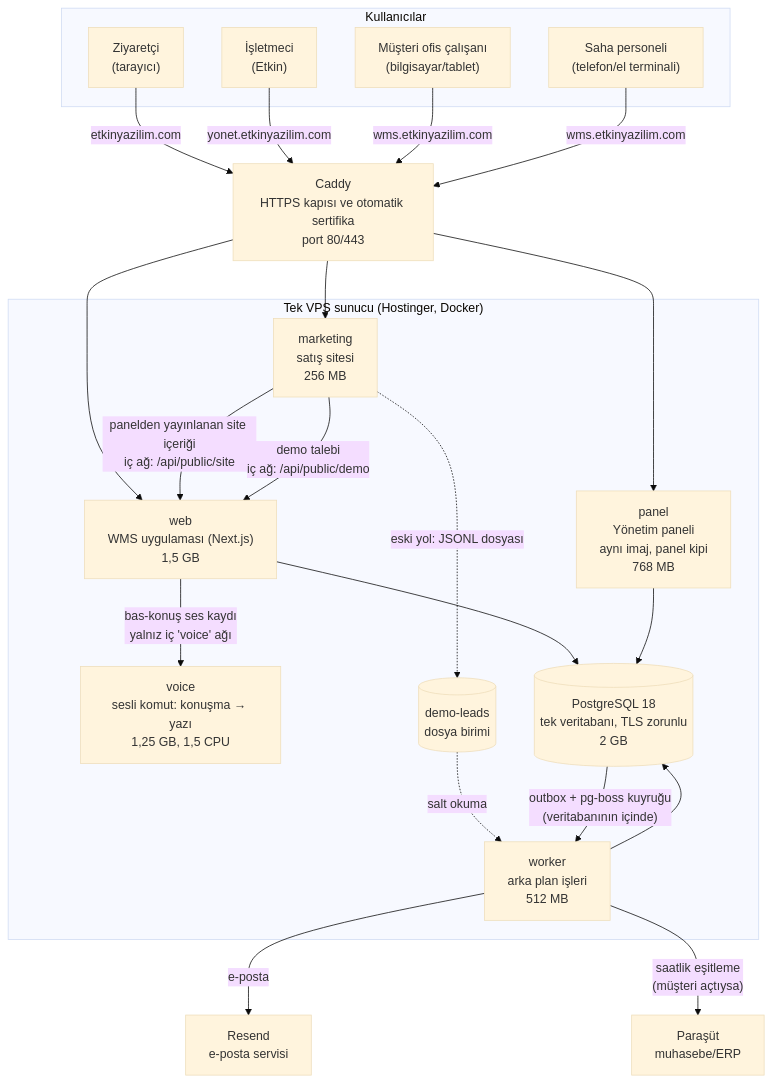
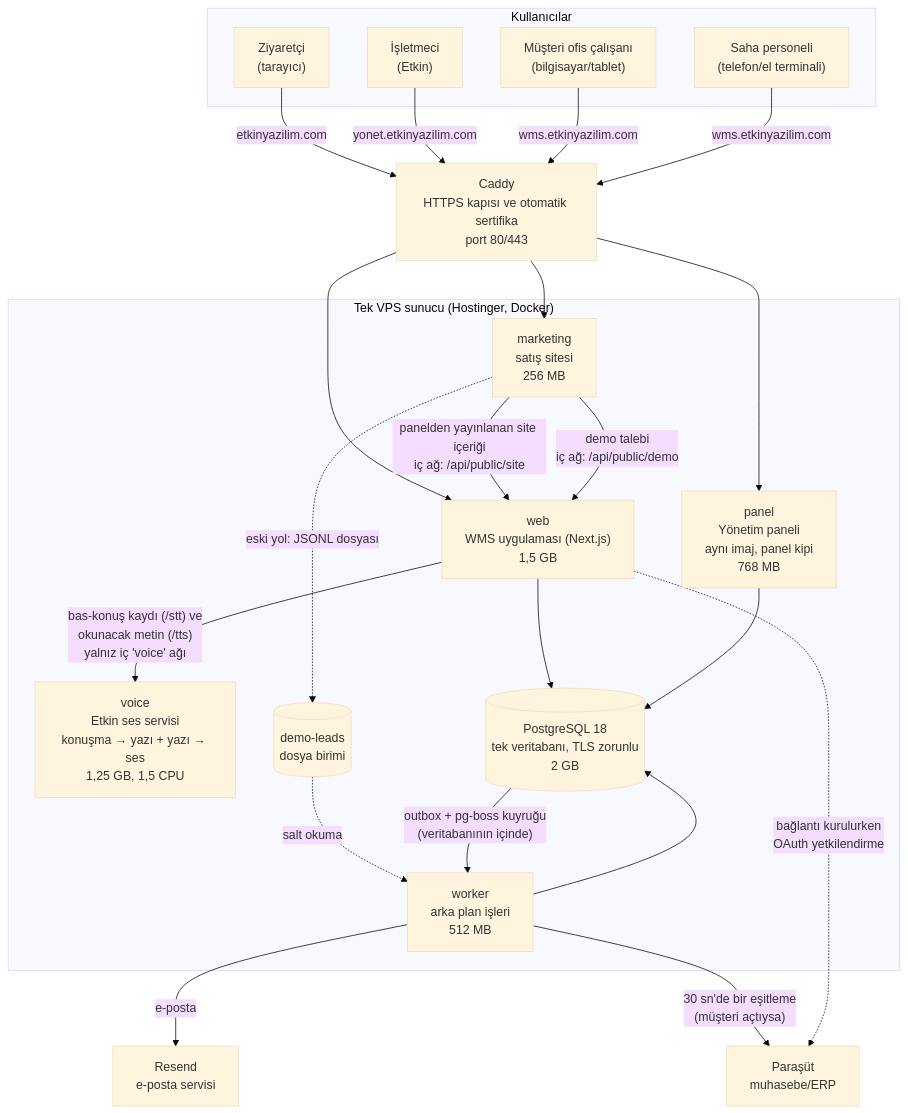
The first of 4 diagrams in docs/fonksiyonel-mimari/01-genel-mimari.md (shosgoren/EtkinWMS), drawn with Mermaid (base theme) before and after one commit. The commit also changed other lines of this file and 10 other files, not shown here.

````diff
--- a/docs/fonksiyonel-mimari/01-genel-mimari.md
+++ b/docs/fonksiyonel-mimari/01-genel-mimari.md
@@ -29,41 +29,42 @@
 ```mermaid
 flowchart TB
   subgraph Kullanicilar["Kullanıcılar"]
     Z["Ziyaretçi<br/>(tarayıcı)"]
     O["İşletmeci<br/>(Etkin)"]
     M["Müşteri ofis çalışanı<br/>(bilgisayar/tablet)"]
     S["Saha personeli<br/>(telefon/el terminali)"]
   end
 
   C["Caddy<br/>HTTPS kapısı ve otomatik sertifika<br/>port 80/443"]
 
   Z -->|etkinyazilim.com| C
   O -->|yonet.etkinyazilim.com| C
   M -->|wms.etkinyazilim.com| C
   S -->|wms.etkinyazilim.com| C
 
   subgraph VPS["Tek VPS sunucu (Hostinger, Docker)"]
     MK["marketing<br/>satış sitesi<br/>256 MB"]
     W["web<br/>WMS uygulaması (Next.js)<br/>1,5 GB"]
     P["panel<br/>Yönetim paneli<br/>aynı imaj, panel kipi<br/>768 MB"]
     WK["worker<br/>arka plan işleri<br/>512 MB"]
-    V["voice<br/>sesli komut: konuşma → yazı<br/>1,25 GB, 1,5 CPU"]
+    V["voice<br/>Etkin ses servisi<br/>konuşma → yazı + yazı → ses<br/>1,25 GB, 1,5 CPU"]
     DB[("PostgreSQL 18<br/>tek veritabanı, TLS zorunlu<br/>2 GB")]
     L[("demo-leads<br/>dosya birimi")]
   end
 
   C --> MK
   C --> W
   C --> P
   MK -->|"panelden yayınlanan site içeriği<br/>iç ağ: /api/public/site"| W
   MK -->|"demo talebi<br/>iç ağ: /api/public/demo"| W
   MK -.->|eski yol: JSONL dosyası| L
   L -.->|salt okuma| WK
-  W -->|"bas-konuş ses kaydı<br/>yalnız iç 'voice' ağı"| V
+  W -->|"bas-konuş kaydı (/stt) ve<br/>okunacak metin (/tts)<br/>yalnız iç 'voice' ağı"| V
   W --> DB
   P --> DB
   WK --> DB
   DB -->|"outbox + pg-boss kuyruğu<br/>(veritabanının içinde)"| WK
   WK -->|e-posta| R["Resend<br/>e-posta servisi"]
-  WK -->|"saatlik eşitleme<br/>(müşteri açtıysa)"| PR["Paraşüt<br/>muhasebe/ERP"]
+  WK -->|"30 sn'de bir eşitleme<br/>(müşteri açtıysa)"| PR["Paraşüt<br/>muhasebe/ERP"]
+  W -.->|"bağlantı kurulurken<br/>OAuth yetkilendirme"| PR
 ```
````
